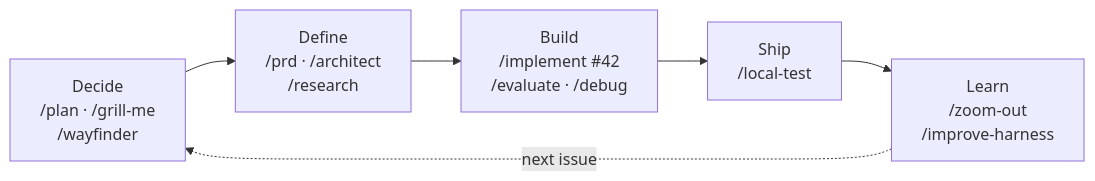
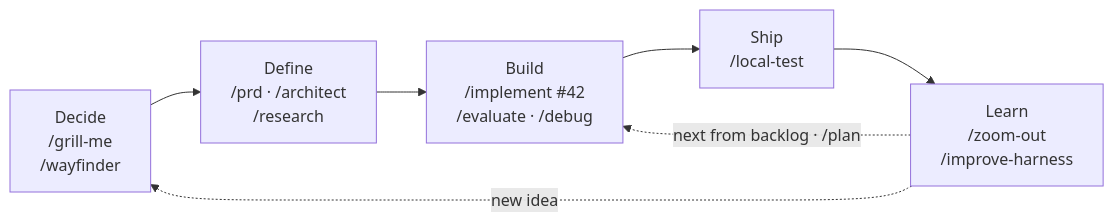
The second of 3 diagrams in README.md (anudeeps28/claude-code-harness), drawn with Mermaid before and after one commit. The commit also changed other lines of this file and 1 other file, not shown here.

First line of the commit message:
docs: clarify /plan runs after decomposition, not before

````diff
--- a/README.md
+++ b/README.md
@@ -91,11 +93,12 @@
 ```mermaid
 flowchart LR
-    D["Decide<br/>/plan · /grill-me<br/>/wayfinder"]
+    D["Decide<br/>/grill-me<br/>/wayfinder"]
     Def["Define<br/>/prd · /architect<br/>/research"]
     B["Build<br/>/implement #42<br/>/evaluate · /debug"]
     S["Ship<br/>/local-test"]
     L["Learn<br/>/zoom-out<br/>/improve-harness"]
 
     D --> Def --> B --> S --> L
-    L -.->|"next issue"| D
+    L -.->|"new idea"| D
+    L -.->|"next from backlog · /plan"| B
 ```
````
